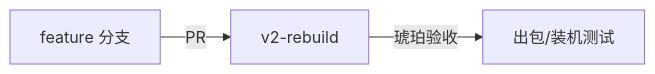
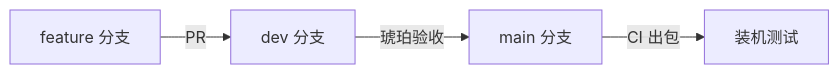
The diagram in README.md (AsrnkHoper/LX-Pro-Music), drawn with Mermaid before and after one commit. The commit also changed other lines of this file, not shown here.

Commit message:
docs: README 清理 v2-rebuild 残留,改为 main+dev 结构

````diff
--- a/README.md
+++ b/README.md
@@ -41,5 +38,6 @@
 ```mermaid
 graph LR
-    A[feature 分支] -->|PR| B[v2-rebuild]
-    B -->|琥珀验收| C[出包/装机测试]
+    A[feature 分支] -->|PR| B[dev 分支]
+    B -->|琥珀验收| C[main 分支]
+    C -->|CI 出包| D[装机测试]
 ```
````
